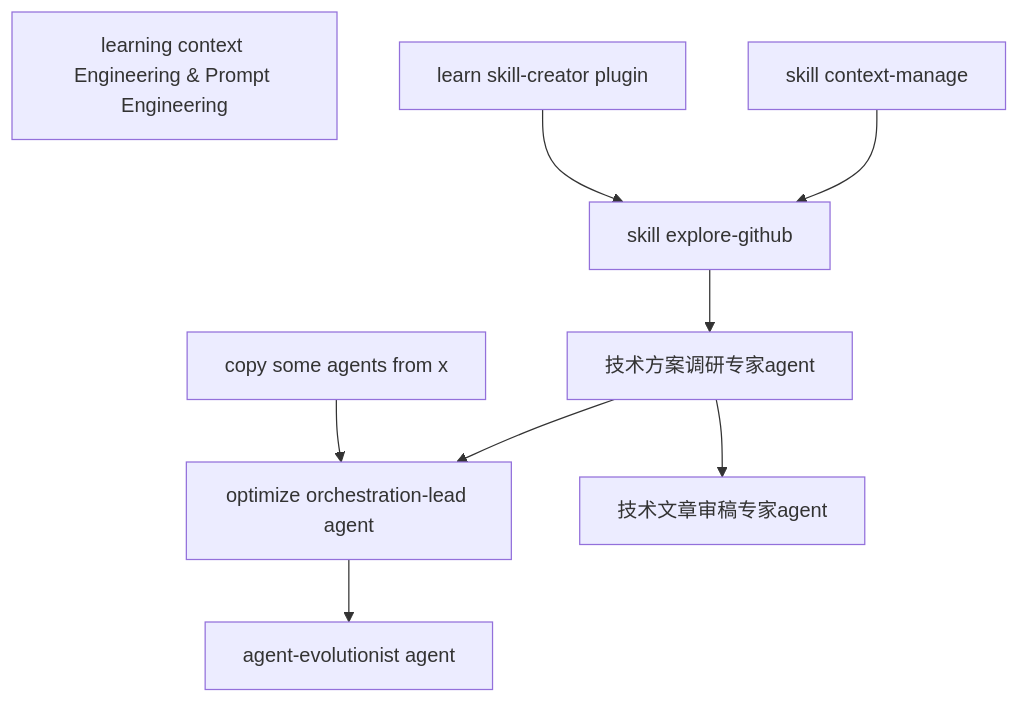
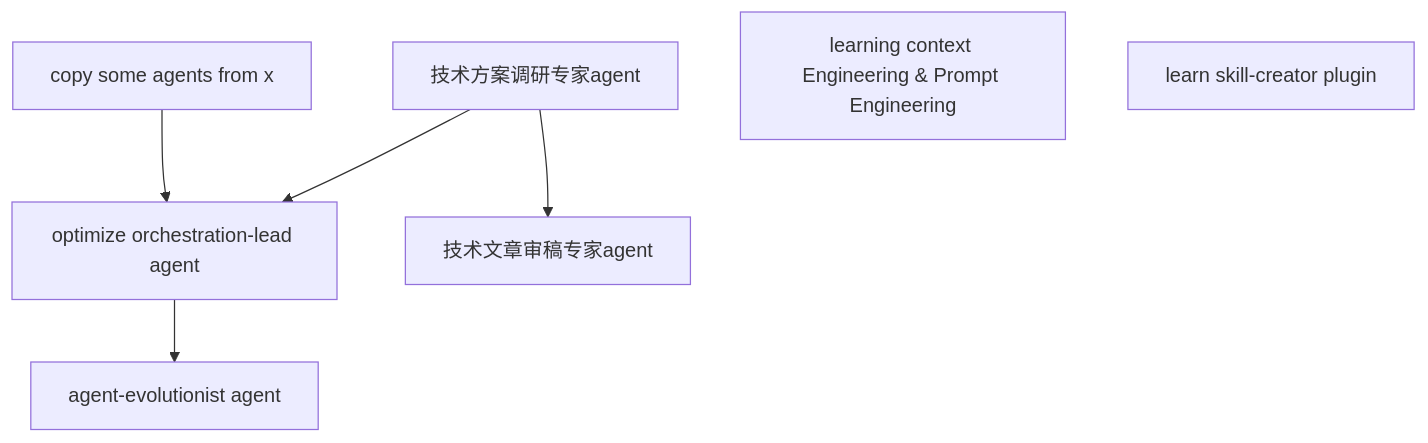
The diagram in todos.md (YMoose/my-claude-sidekick), drawn with Mermaid before and after one commit. The commit also changed other lines of this file, not shown here.

Commit message:
update todo

````diff
--- a/todos.md
+++ b/todos.md
@@ -81,20 +81,15 @@
 ```mermaid
 flowchart TD
     20260225_0["copy some agents from x"]
     20260225_1["optimize orchestration-lead agent"]
     20260225_2["agent-evolutionist agent"]
-    20260225_3["skill explore-github"]
-    20260225_4["技术方案调研专家agent"]
-    20260225_5["技术文章审稿专家agent"]
-    20260226_6["learning context Engineering & Prompt Engineering"]
-    20260311_7["learn skill-creator plugin"]
-    20260403_8["skill context-manage"]
+    20260225_3["技术方案调研专家agent"]
+    20260225_4["技术文章审稿专家agent"]
+    20260226_5["learning context Engineering & Prompt Engineering"]
+    20260311_6["learn skill-creator plugin"]
 
     20260225_0 --> 20260225_1
     20260225_1 --> 20260225_2
-    20260225_4 --> 20260225_1
+    20260225_3 --> 20260225_1
     20260225_3 --> 20260225_4
-    20260225_4 --> 20260225_5
-    20260311_7 --> 20260225_3
-    20260403_8 --> 20260225_3
 ```
````
